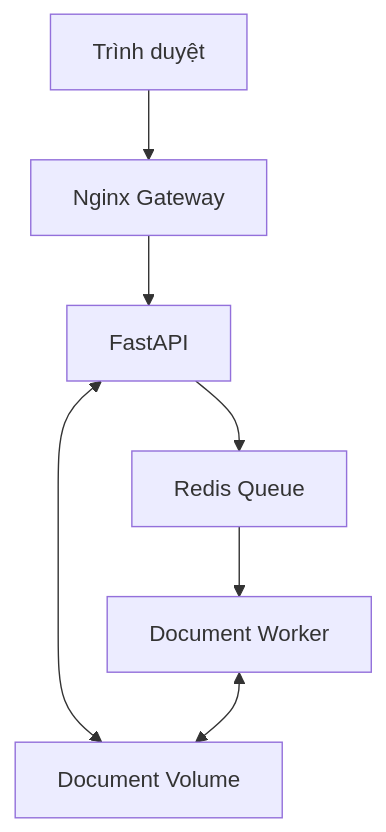
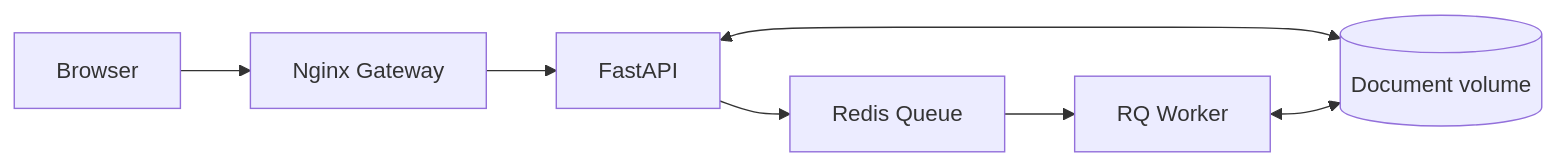
The diagram in README.md (TranKiet146/docflow_SOA_Seminar), drawn with Mermaid before and after one commit. The commit also changed other lines of this file, not shown here.

````diff
--- a/README.md
+++ b/README.md
@@ -81,16 +18,9 @@
 ```mermaid
-flowchart TD
-    Browser[Trình duyệt]
-    Gateway[Nginx Gateway]
-    API[FastAPI]
-    Redis[Redis Queue]
-    Worker[Document Worker]
-    Volume[Document Volume]
-
-    Browser --> Gateway
-    Gateway --> API
-    API --> Redis
-    Redis --> Worker
-    API <--> Volume
-    Worker <--> Volume
+flowchart LR
+    Browser[Browser] --> Gateway[Nginx Gateway]
+    Gateway --> API[FastAPI]
+    API --> Redis[Redis Queue]
+    Redis --> Worker[RQ Worker]
+    API <--> Data[(Document volume)]
+    Worker <--> Data
 ```
````
